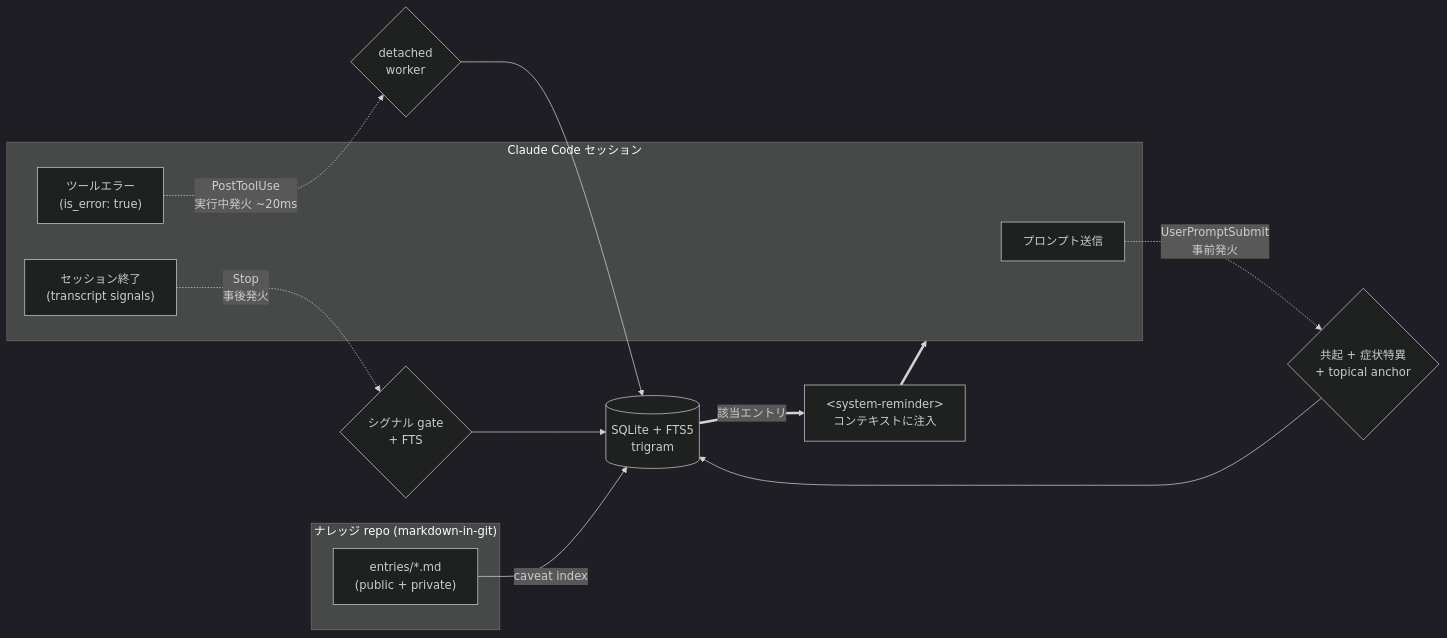
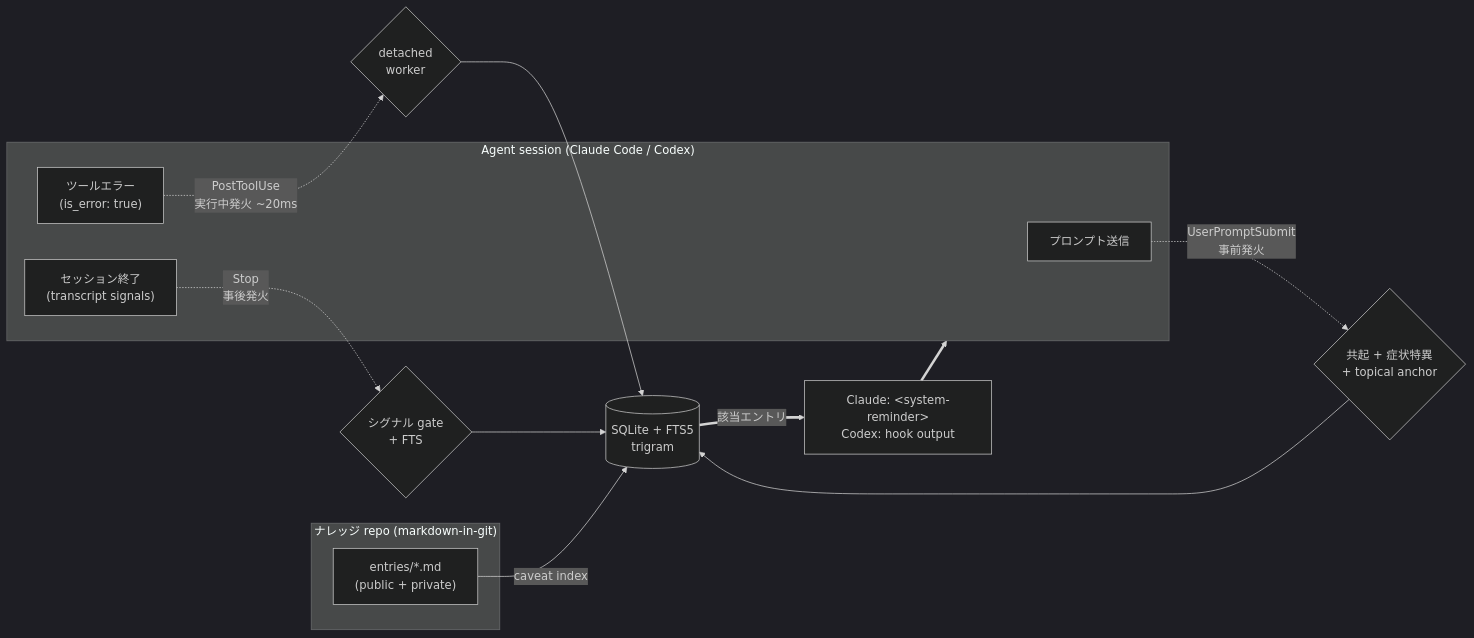
One commit to kitepon-rgb/Caveat changed the diagram in README.ja.md. Above: the diagram before and after it, drawn with Mermaid (dark theme). The commit also changed other lines of this file and 3 other files, not shown here.

Commit message:
Present Caveat as Claude and Codex ready

````diff
--- a/README.ja.md
+++ b/README.ja.md
@@ -70,25 +71,25 @@
 ```mermaid
 flowchart LR
     subgraph KB["ナレッジ repo (markdown-in-git)"]
         MD["entries/*.md<br/>(public + private)"]
     end
 
     MD -->|caveat index| FTS[("SQLite + FTS5<br/>trigram")]
 
-    subgraph CC["Claude Code セッション"]
+    subgraph AG["Agent session (Claude Code / Codex)"]
         P["プロンプト送信"]
         T["ツールエラー<br/>(is_error: true)"]
         S["セッション終了<br/>(transcript signals)"]
     end
 
     P -.->|"UserPromptSubmit<br/>事前発火"| H1{"共起 + 症状特異<br/>+ topical anchor"}
     T -.->|"PostToolUse<br/>実行中発火 ~20ms"| H2{"detached<br/>worker"}
     S -.->|"Stop<br/>事後発火"| H3{"シグナル gate<br/>+ FTS"}
 
     H1 --> FTS
     H2 --> FTS
     H3 --> FTS
 
-    FTS ==>|該当エントリ| R["&lt;system-reminder&gt;<br/>コンテキストに注入"]
-    R ==> CC
+    FTS ==>|該当エントリ| R["Claude: &lt;system-reminder&gt;<br/>Codex: hook output"]
+    R ==> AG
 ```
````
